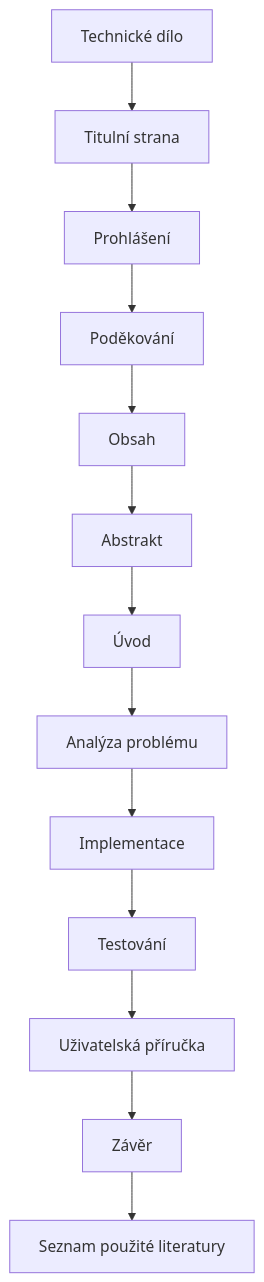
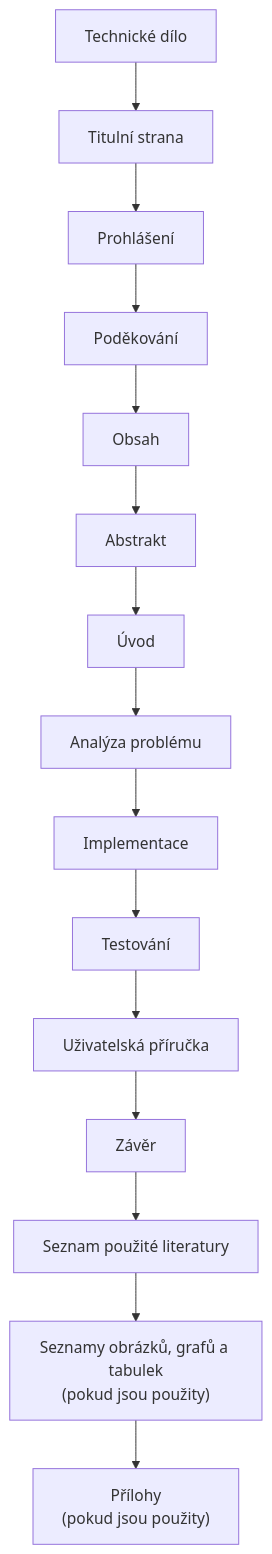
One commit to faitjaroslav-byte/maturitni_prace changed the diagram in docs/priprava/technicke-dilo.md. Above: the diagram before and after it, drawn with Mermaid. The commit also changed other lines of this file and 4 other files, not shown here.

````diff
--- a/docs/priprava/technicke-dilo.md
+++ b/docs/priprava/technicke-dilo.md
@@ -5,16 +5,18 @@
 ```mermaid
 flowchart TB
     A["Technické dílo"]
     A --> B["Titulní strana"]
     B --> C["Prohlášení"]
     C --> D["Poděkování"]
     D --> E["Obsah"]
     E --> F["Abstrakt"]
     F --> G["Úvod"]
     G --> H["Analýza problému"]
     H --> I["Implementace"]
     I --> J["Testování"]
     J --> K["Uživatelská příručka"]
     K --> L["Závěr"]
     L --> M["Seznam použité literatury"]
+    M --> N["Seznamy obrázků, grafů a tabulek<br/>(pokud jsou použity)"]
+    N --> O["Přílohy<br/>(pokud jsou použity)"]
 ```
````
